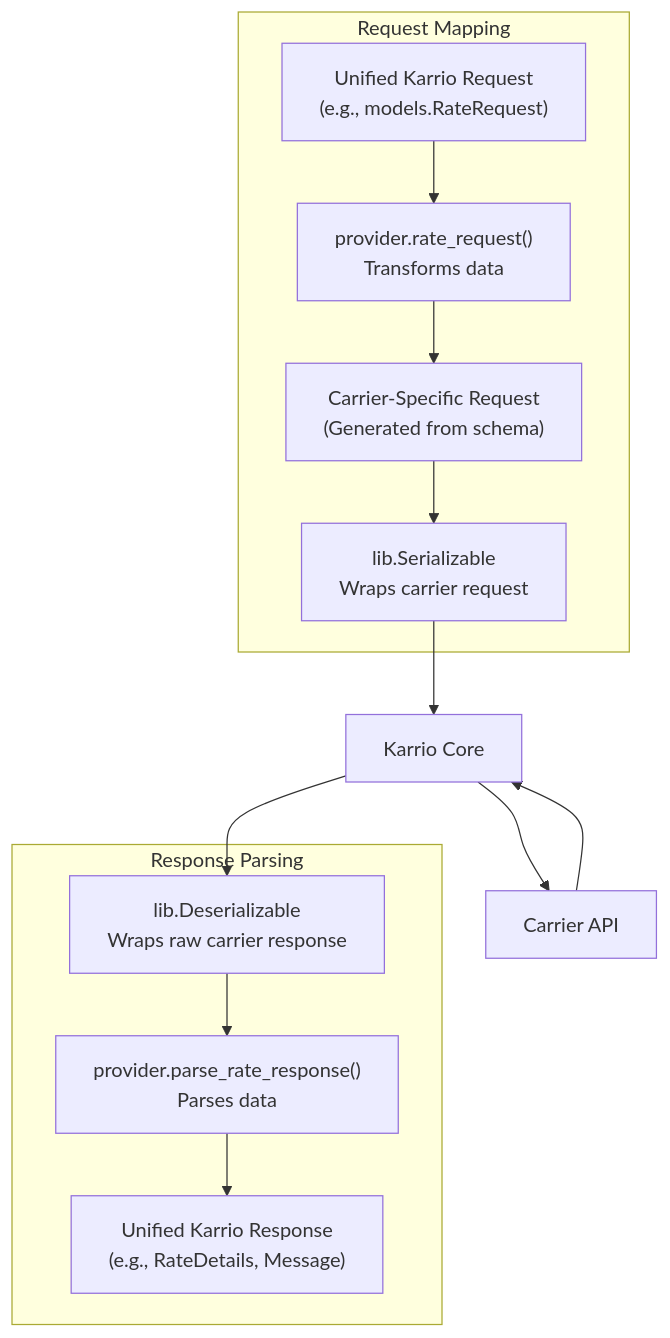
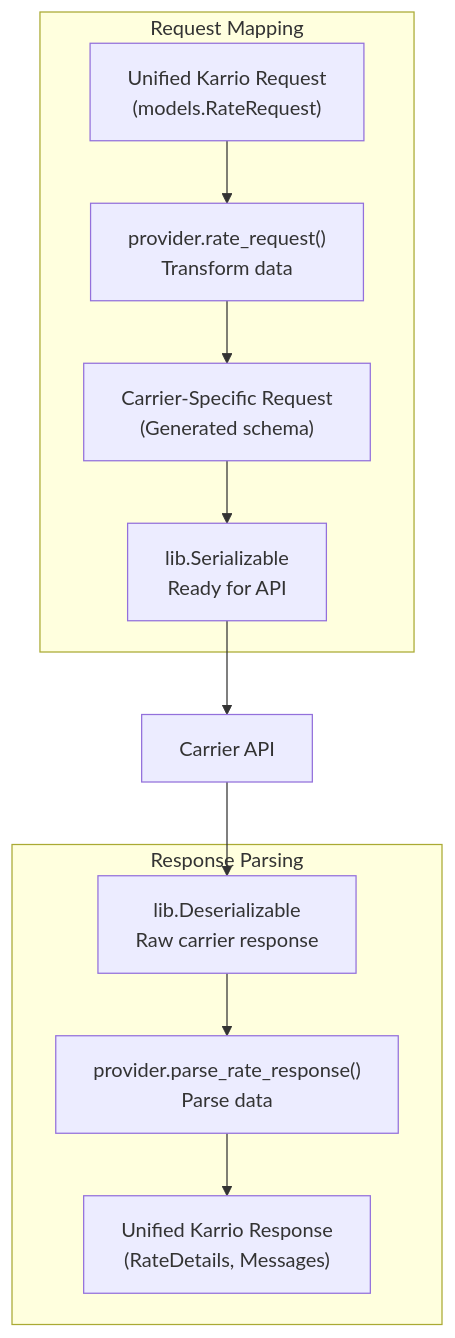
Before and after one commit to karrioapi/karrio: the first of 2 diagrams in apps/web/src/app/docs/developing/carrier-integration/data-mapping/page.mdx, drawn with Mermaid. The commit also changed other lines of this file and 31 other files, not shown here.

````diff
--- a/apps/web/src/app/docs/developing/carrier-integration/data-mapping/page.mdx
+++ b/apps/web/src/app/docs/developing/carrier-integration/data-mapping/page.mdx
@@ -83,18 +70,16 @@
 ```mermaid
 flowchart TD
     subgraph "Request Mapping"
-        A1["Unified Karrio Request<br/>(e.g., models.RateRequest)"] --> A2["provider.rate_request()<br/>Transforms data"]
-        A2 --> A3["Carrier-Specific Request<br/>(Generated from schema)"]
-        A3 --> A4["lib.Serializable<br/>Wraps carrier request"]
+        A1["Unified Karrio Request<br/>(models.RateRequest)"] --> A2["provider.rate_request()<br/>Transform data"]
+        A2 --> A3["Carrier-Specific Request<br/>(Generated schema)"]
+        A3 --> A4["lib.Serializable<br/>Ready for API"]
     end
 
     subgraph "Response Parsing"
-        B1["lib.Deserializable<br/>Wraps raw carrier response"] --> B2["provider.parse_rate_response()<br/>Parses data"]
-        B2 --> B3["Unified Karrio Response<br/>(e.g., RateDetails, Message)"]
+        B1["lib.Deserializable<br/>Raw carrier response"] --> B2["provider.parse_rate_response()<br/>Parse data"]
+        B2 --> B3["Unified Karrio Response<br/>(RateDetails, Messages)"]
     end
 
-    A4 --> KarrioCore["Karrio Core"]
-    KarrioCore --> CarrierAPI["Carrier API"]
-    CarrierAPI --> KarrioCore
-    KarrioCore --> B1
+    A4 --> API["Carrier API"]
+    API --> B1
 ```
````
